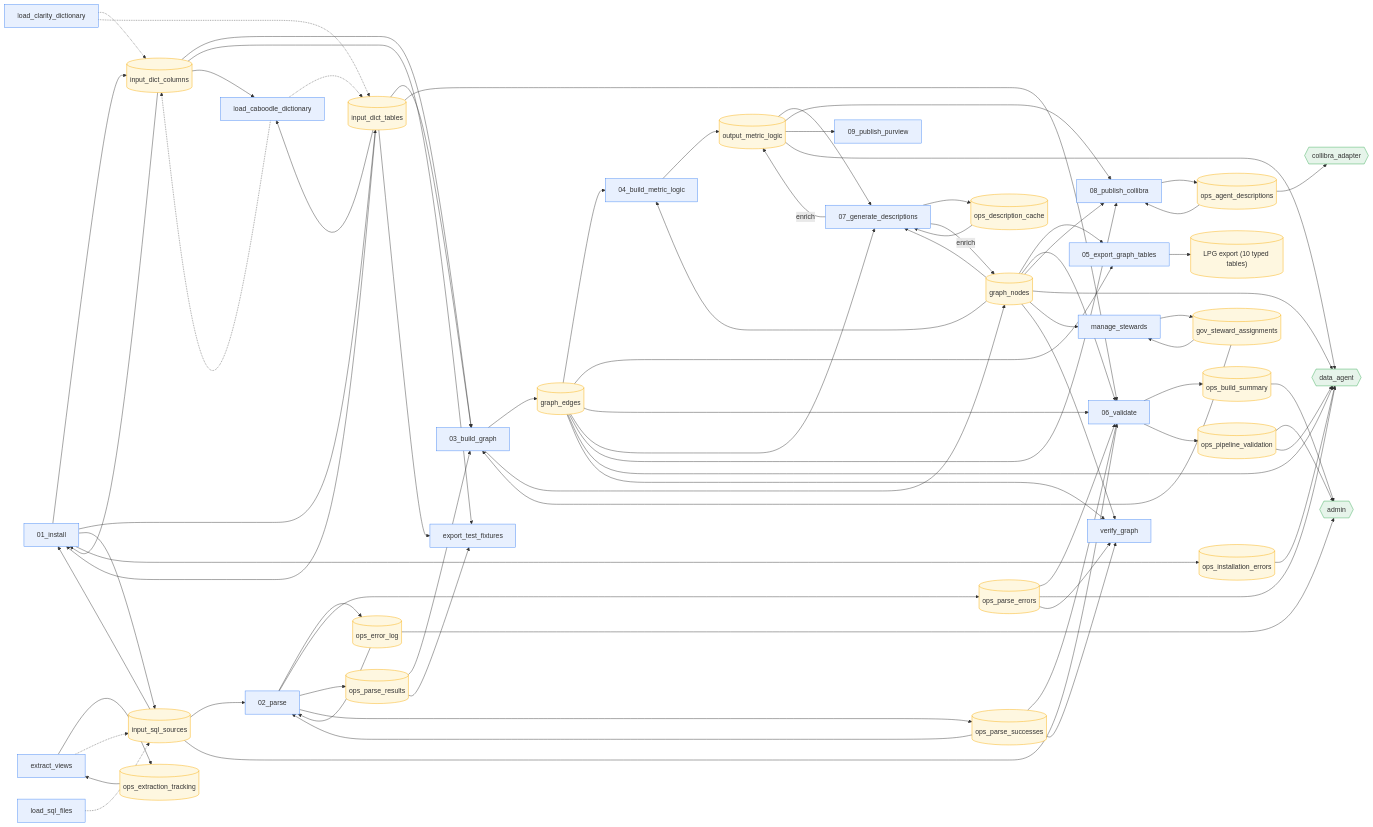
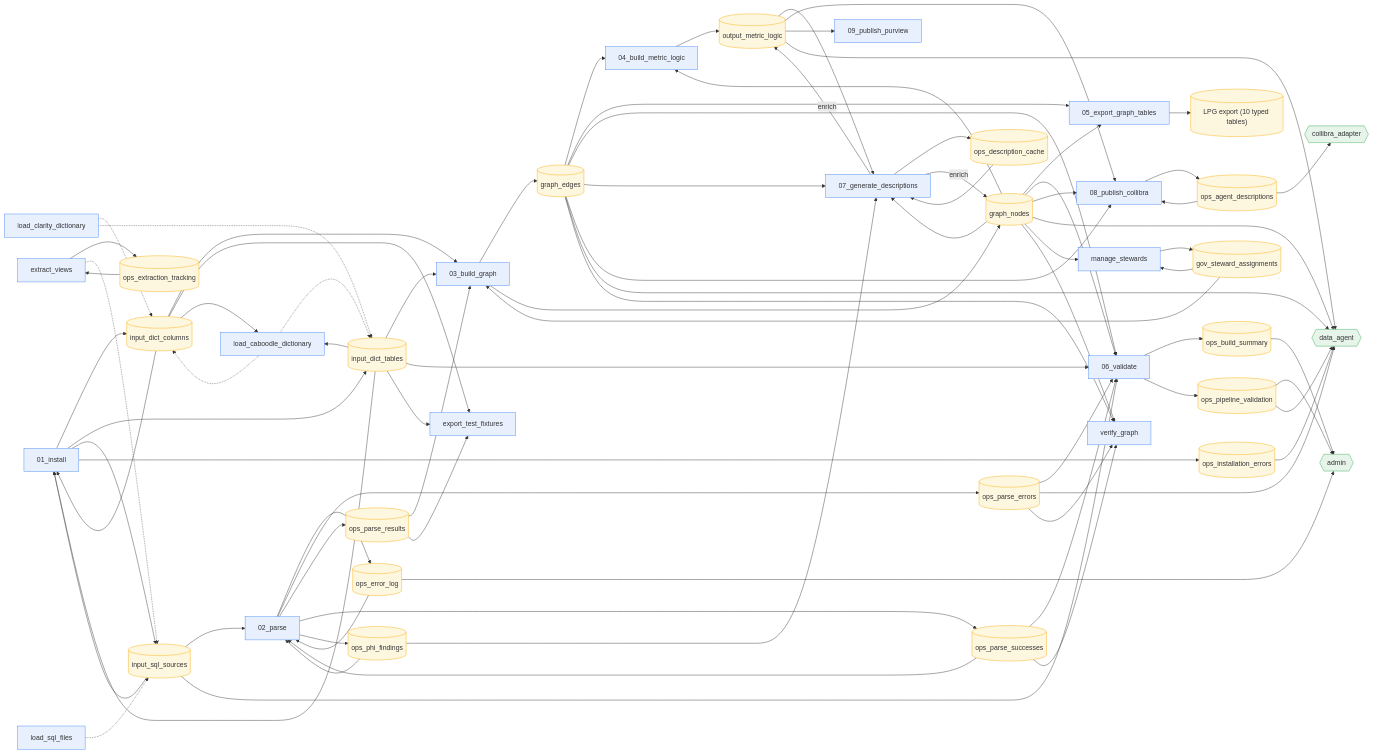
Before and after one commit to sunnyzhengai/sql-query-agent: the diagram in docs/architecture/PIPELINE_MAP.md, drawn with Mermaid. The commit also changed 6 other files, not shown here.

First line of the commit message:
PHI wiring: 02 writes ops_phi_findings, 07 redacts before prompts (contract active)

```diff
--- a/docs/architecture/PIPELINE_MAP.md
+++ b/docs/architecture/PIPELINE_MAP.md
@@ -44,6 +44,7 @@
   ops_parse_errors[("ops_parse_errors")]:::table
   ops_parse_results[("ops_parse_results")]:::table
   ops_parse_successes[("ops_parse_successes")]:::table
+  ops_phi_findings[("ops_phi_findings")]:::table
   ops_pipeline_validation[("ops_pipeline_validation")]:::table
   output_metric_logic[("output_metric_logic")]:::table
   admin{{admin}}:::actor
@@ -57,6 +58,7 @@
   02_parse --> ops_parse_errors
   02_parse --> ops_parse_results
   02_parse --> ops_parse_successes
+  02_parse --> ops_phi_findings
   03_build_graph --> graph_edges
   03_build_graph --> graph_nodes
   04_build_metric_logic --> output_metric_logic
@@ -120,6 +122,8 @@
   ops_parse_successes --> 02_parse
   ops_parse_successes --> 06_validate
   ops_parse_successes --> verify_graph
+  ops_phi_findings --> 02_parse
+  ops_phi_findings --> 07_generate_descriptions
   ops_pipeline_validation --> admin
   ops_pipeline_validation --> data_agent
   output_metric_logic --> 07_generate_descriptions
```
